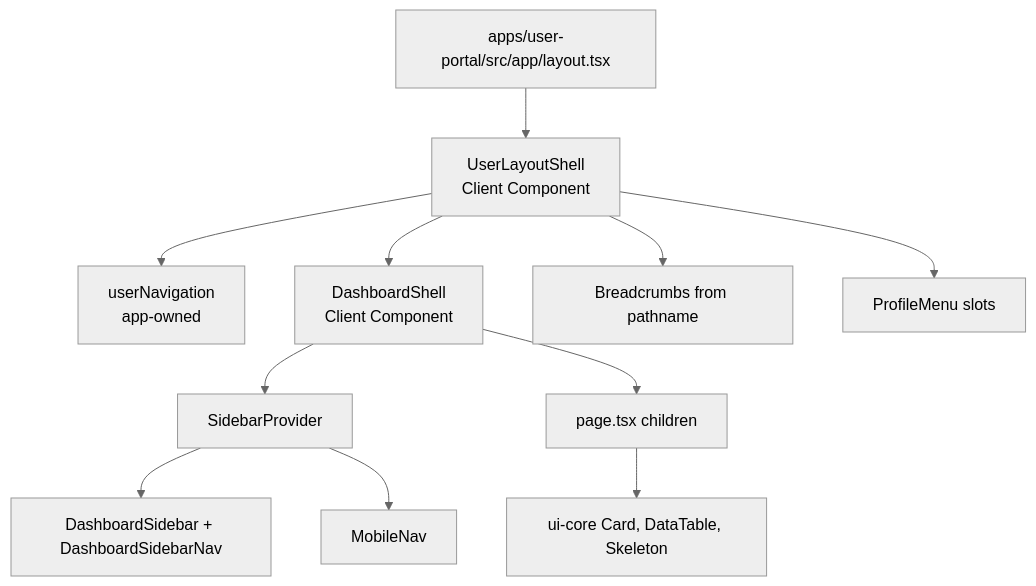
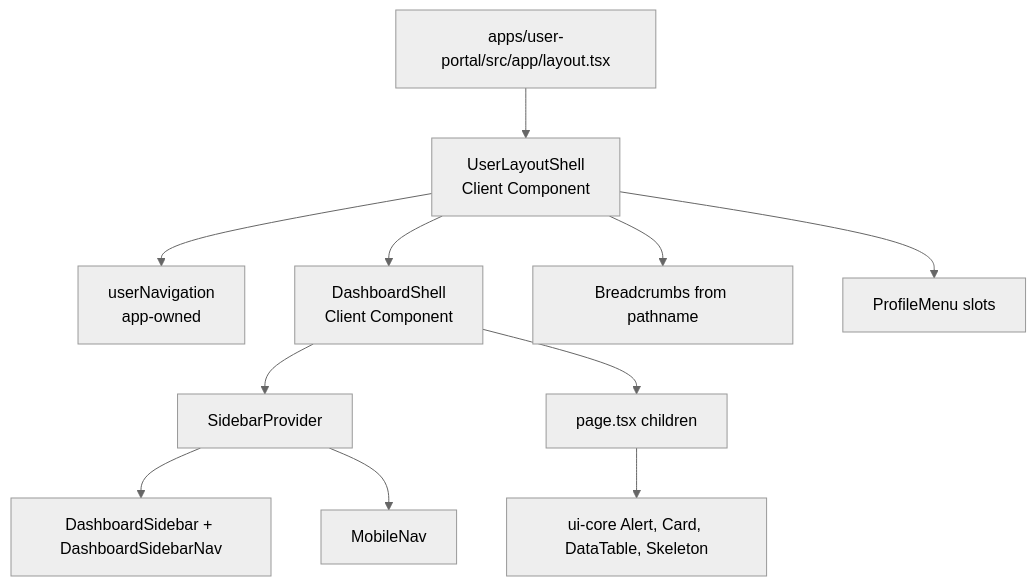
The diagram in docs/architecture/03-shared-dashboard-architecture.md (chukwuemekanweke/nextjs-project-template), drawn with Mermaid (neutral theme) before and after one commit. The commit also changed other lines of this file and 15 other files, not shown here.

````diff
--- a/docs/architecture/03-shared-dashboard-architecture.md
+++ b/docs/architecture/03-shared-dashboard-architecture.md
@@ -9,13 +9,13 @@
 ```mermaid
 flowchart TD
   layout[apps/user-portal/src/app/layout.tsx] --> shell[UserLayoutShell\nClient Component]
   shell --> nav[userNavigation\napp-owned]
   shell --> ds[DashboardShell\nClient Component]
   ds --> provider[SidebarProvider]
   provider --> sidebar[DashboardSidebar + DashboardSidebarNav]
   provider --> mobile[MobileNav]
   shell --> crumbs[Breadcrumbs from pathname]
   shell --> profile[ProfileMenu slots]
   ds --> page[page.tsx children]
-  page --> core[ui-core Card, DataTable, Skeleton]
+  page --> core[ui-core Alert, Card, DataTable, Skeleton]
 ```
````
